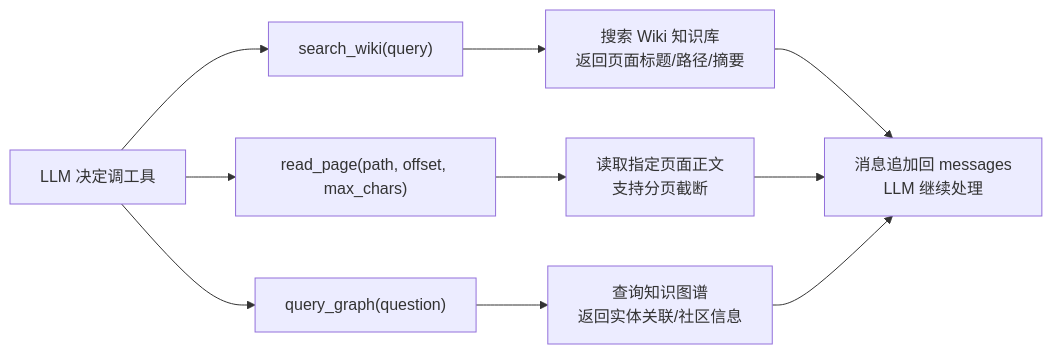
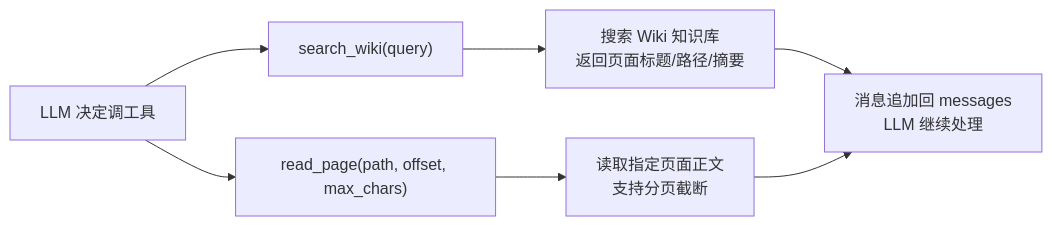
One commit to wuLa0702/llm_wiki_selfbuild changed the sixth of 9 diagrams in docs/agent-architecture-diagrams.md. Above: the diagram before and after it, drawn with Mermaid. The commit also changed other lines of this file, not shown here.

First line of the commit message:
docs(agent): 更新架构图——MemorySaver+SQLite 混合方案 + 最新节点标注

````diff
--- a/docs/agent-architecture-diagrams.md
+++ b/docs/agent-architecture-diagrams.md
@@ -145,17 +244,14 @@
 ```mermaid
 flowchart LR
     LLM["LLM 决定调工具"]
     LLM --> SEARCH["search_wiki(query)"]
     LLM --> READ["read_page(path, offset, max_chars)"]
-    LLM --> GRAPH["query_graph(question)"]
-    
+
     SEARCH --> SEARCH_RES["搜索 Wiki 知识库<br/>返回页面标题/路径/摘要"]
     READ --> READ_RES["读取指定页面正文<br/>支持分页截断"]
-    GRAPH --> GRAPH_RES["查询知识图谱<br/>返回实体关联/社区信息"]
-    
+
     SEARCH_RES --> AGENT
     READ_RES --> AGENT
-    GRAPH_RES --> AGENT
-    
+
     AGENT["消息追加回 messages<br/>LLM 继续处理"]
 ```
````
